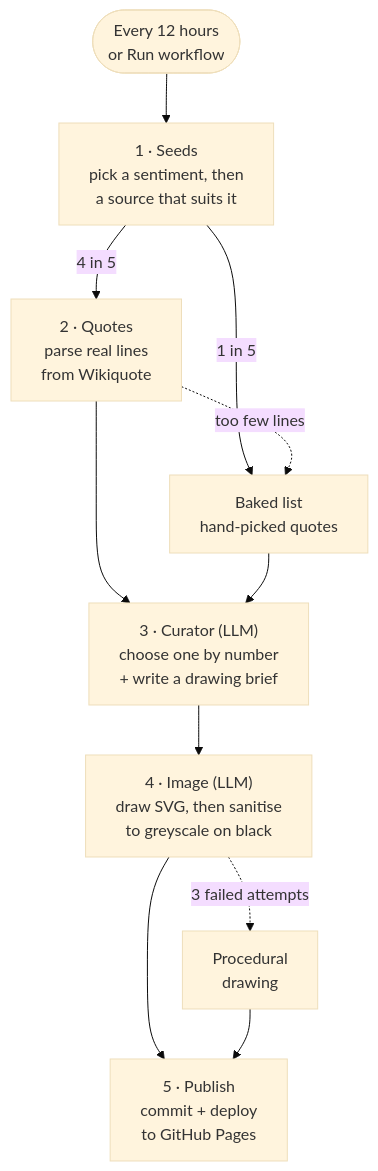
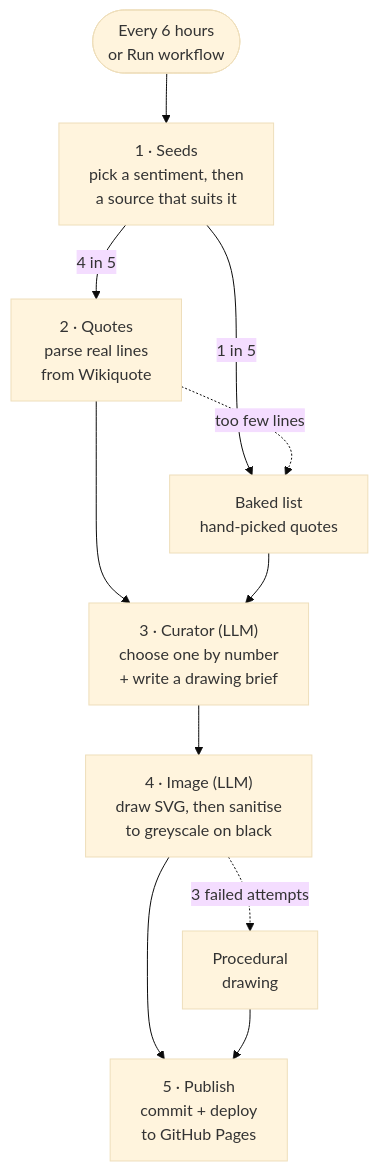
Before and after one commit to alizaliz/pithy: the diagram in README.md, drawn with Mermaid (base theme). The commit also changed other lines of this file and 4 other files, not shown here.

First line of the commit message:
Make a new entry every 6 hours

````diff
--- a/README.md
+++ b/README.md
@@ -14,13 +14,13 @@
 ```mermaid
 flowchart TD
-  T(["Every 12 hours<br/>or Run workflow"]) --> S["1 · Seeds<br/>pick a sentiment, then<br/>a source that suits it"]
+  T(["Every 6 hours<br/>or Run workflow"]) --> S["1 · Seeds<br/>pick a sentiment, then<br/>a source that suits it"]
   S -->|"4 in 5"| Q["2 · Quotes<br/>parse real lines<br/>from Wikiquote"]
   S -->|"1 in 5"| B["Baked list<br/>hand-picked quotes"]
   Q -.->|"too few lines"| B
   Q --> C["3 · Curator (LLM)<br/>choose one by number<br/>+ write a drawing brief"]
   B --> C
   C --> I["4 · Image (LLM)<br/>draw SVG, then sanitise<br/>to greyscale on black"]
   I -.->|"3 failed attempts"| F["Procedural<br/>drawing"]
   I --> P["5 · Publish<br/>commit + deploy<br/>to GitHub Pages"]
   F --> P
 ```
````
